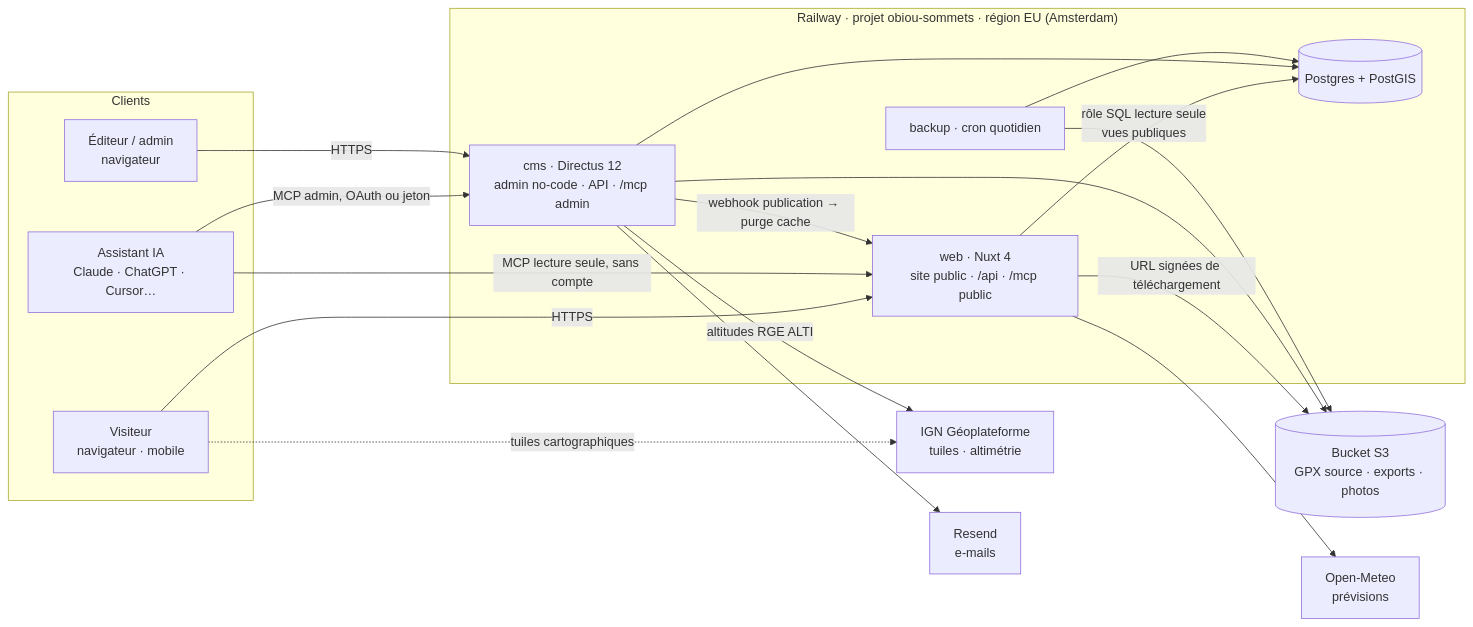
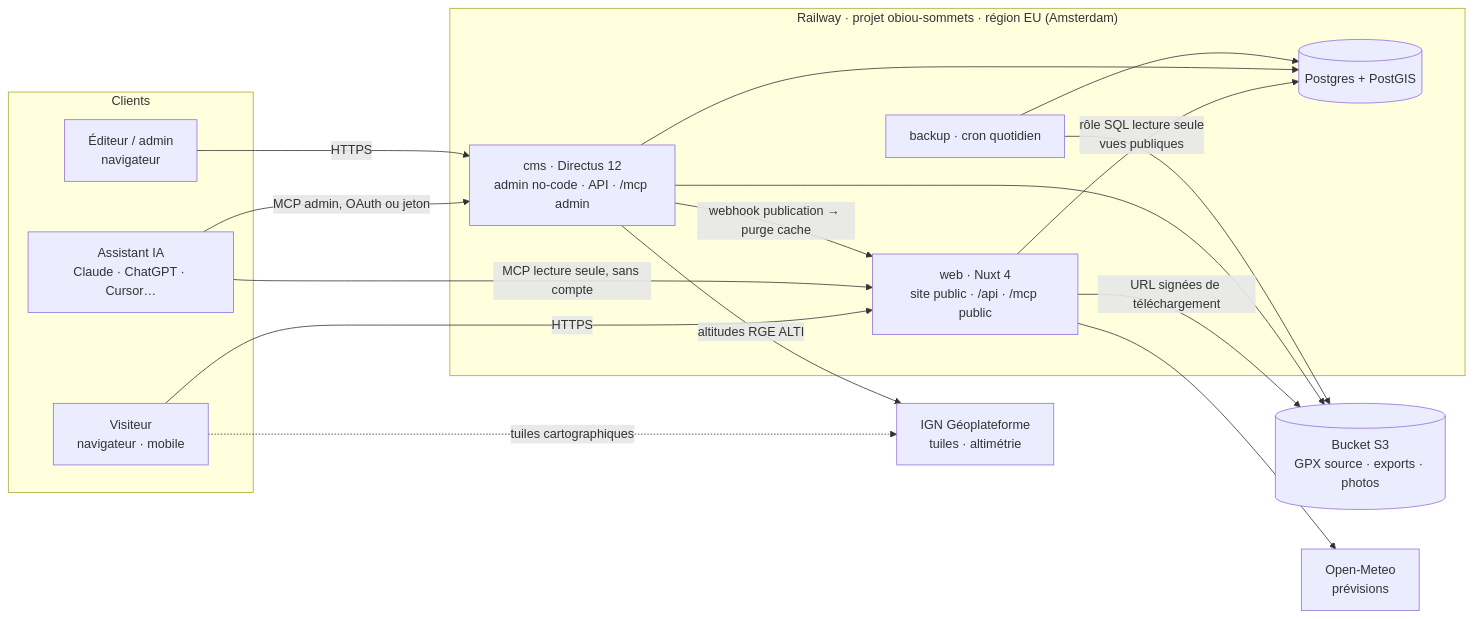
One commit to francoisgeorgesvieux/obiou-sommets changed the first of 3 diagrams in docs/01-architecture-technique.md. Above: the diagram before and after it, drawn with Mermaid. The commit also changed other lines of this file and 4 other files, not shown here.

````diff
--- a/docs/01-architecture-technique.md
+++ b/docs/01-architecture-technique.md
@@ -26,37 +26,35 @@
 ```mermaid
 flowchart LR
   subgraph Clients
     V["Visiteur<br/>navigateur · mobile"]
     E["Éditeur / admin<br/>navigateur"]
     AI["Assistant IA<br/>Claude · ChatGPT · Cursor…"]
   end
 
   subgraph RW["Railway · projet obiou-sommets · région EU (Amsterdam)"]
     WEB["web · Nuxt 4<br/>site public · /api · /mcp public"]
     CMS["cms · Directus 12<br/>admin no-code · API · /mcp admin"]
     PG[("Postgres + PostGIS")]
     BK["backup · cron quotidien"]
   end
 
   S3[("Bucket S3<br/>GPX source · exports · photos")]
   IGN["IGN Géoplateforme<br/>tuiles · altimétrie"]
   WX["Open-Meteo<br/>prévisions"]
-  RS["Resend<br/>e-mails"]
 
   V -->|HTTPS| WEB
   AI -->|"MCP lecture seule, sans compte"| WEB
   AI -->|"MCP admin, OAuth ou jeton"| CMS
   E -->|HTTPS| CMS
 
   WEB -->|"rôle SQL lecture seule<br/>vues publiques"| PG
   WEB -->|"URL signées de téléchargement"| S3
   CMS --> PG
   CMS --> S3
   CMS -->|"altitudes RGE ALTI"| IGN
   CMS -->|"webhook publication → purge cache"| WEB
-  CMS --> RS
   V -.->|tuiles cartographiques| IGN
   WEB --> WX
   BK --> PG
   BK --> S3
 ```
````
